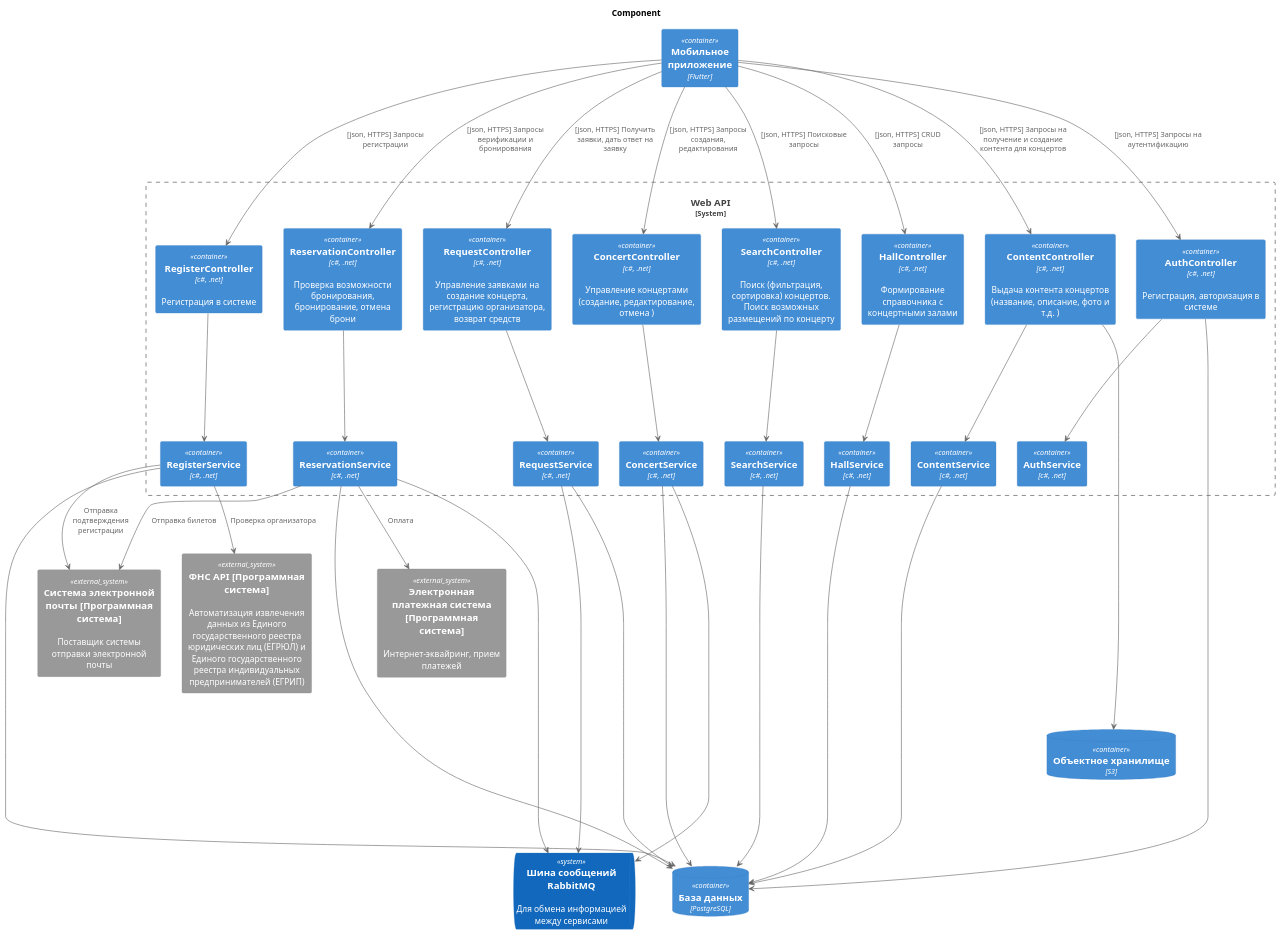
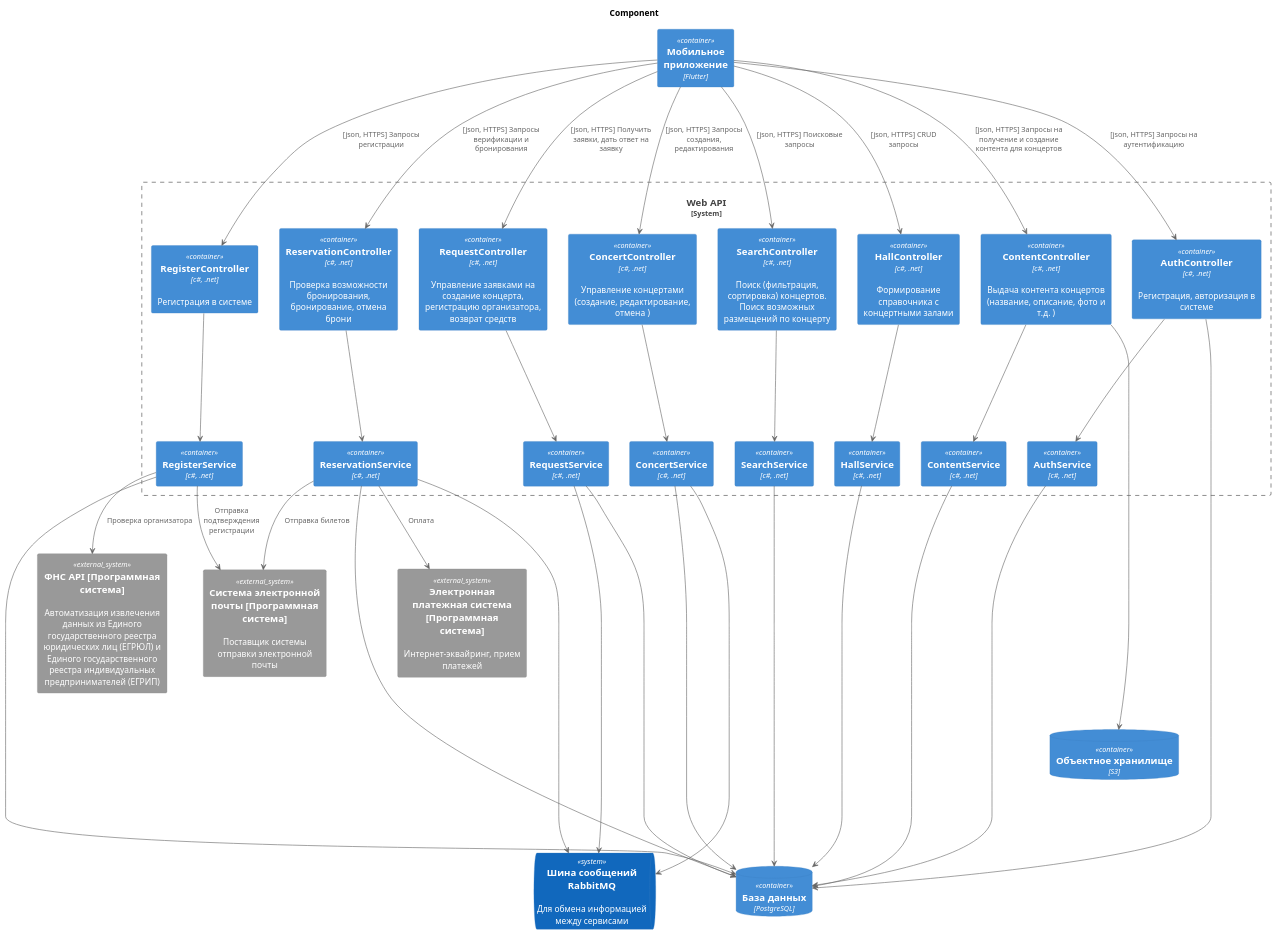
One commit to Marillinnka/PPO changed the diagram in 2. Технический проект/C4 components diagram.puml. Above: the diagram before and after it, drawn with PlantUML. The commit also changed 3 other files, not shown here.

```diff
--- a/2. Технический проект/C4 components diagram.puml
+++ b/2. Технический проект/C4 components diagram.puml
@@ -1,101 +1,102 @@
 !include https://raw.githubusercontent.com/plantuml-stdlib/C4-PlantUML/master/C4_Container.puml
 
 title Component
 
 Container(mobile_app, "Мобильное приложение", "Flutter", "")
 
 System_Boundary(message_processing_system, "Web API"){
 
     Container(register_controller, "RegisterController", "c#, .net", "Регистрация в системе")
 
     Container(reservation_controller, "ReservationController", "c#, .net", "Проверка возможности бронирования, бронирование, отмена брони")
 
     Container(request_controller, "RequestController", "c#, .net", "Управление заявками на создание концерта, регистрацию организатора, возврат средств")
 
     Container(concert_controller, "ConcertController", "c#, .net", "Управление концертами (создание, редактирование, отмена )")
 
     Container(search_controller, "SearchController", "c#, .net", "Поиск (фильтрация, сортировка) концертов. Поиск возможных размещений по концерту")
 
     Container(content_controller, "ContentController", "c#, .net", "Выдача контента концертов (название, описание, фото и т.д. )")
 
     Container(hall_controller, "HallController", "c#, .net", "Формирование справочника с концертными залами")
 
     Container(auth_controller, "AuthController", "c#, .net", "Регистрация, авторизация в системе")
 
 
 
 
     Container(register_service, "RegisterService", "c#, .net", "")
 
     Container(reservation_service, "ReservationService", "c#, .net", "")
 
     Container(request_service, "RequestService", "c#, .net", "")
 
     Container(concert_service, "ConcertService", "c#, .net", "")
 
     Container(search_service, "SearchService", "c#, .net", "")
 
     Container(content_service, "ContentService", "c#, .net", "")
 
     Container(hall_service, "HallService", "c#, .net", "")
     
     Container(auth_service, "AuthService", "c#, .net", "")
 }
 
 ContainerDb(ReadDataBase, "База данных", "PostgreSQL", "")
 
 ContainerDb(SaveDataBase, "Объектное хранилище", "S3", "")
 
 SystemQueue(MessageBus, "Шина сообщений RabbitMQ", "Для обмена информацией между сервисами")
 
 System_Ext(FNS, "ФНС API [Программная система]", "Автоматизация извлечения данных из Единого государственного реестра юридических лиц (ЕГРЮЛ) и Единого государственного реестра индивидуальных предпринимателей (ЕГРИП)")
 
 System_Ext(Email, "Cистема электронной почты [Программная система]", "Поставщик системы отправки электронной почты")
 
 System_Ext(PaymentSystem, "Электронная платежная система [Программная система]", "Интернет-эквайринг, прием платежей")
 
 mobile_app ---> register_controller : "[json, HTTPS] Запросы регистрации"
 
 mobile_app ---> reservation_controller : "[json, HTTPS] Запросы верификации и бронирования"
 
 mobile_app ---> request_controller : "[json, HTTPS] Получить заявки, дать ответ на заявку"
 
 mobile_app ---> concert_controller : "[json, HTTPS] Запросы создания, редактирования"
 
 mobile_app ---> search_controller :"[json, HTTPS] Поисковые запросы"
 
 mobile_app ---> content_controller : "[json, HTTPS] Запросы на получение и создание контента для концертов"
 
 mobile_app ---> hall_controller : "[json, HTTPS] CRUD запросы"
 
 mobile_app ---> auth_controller : "[json, HTTPS] Запросы на аутентификацию"
 
 register_controller ----> register_service
 reservation_controller ----> reservation_service
 request_controller ----> request_service
 concert_controller ----> concert_service
 search_controller ----> search_service
 content_controller ----> content_service
 hall_controller ----> hall_service
 auth_controller ----> auth_service
 
 register_service -----> ReadDataBase
 reservation_service -----> ReadDataBase
 request_service -----> ReadDataBase
 concert_service -----> ReadDataBase
 search_service -----> ReadDataBase
 content_service -----> ReadDataBase
 hall_service -----> ReadDataBase
 auth_controller ----> ReadDataBase
+auth_service ----> ReadDataBase
 
 reservation_service -----> MessageBus
 request_service -----> MessageBus
 concert_service -----> MessageBus
 
 content_controller ------> SaveDataBase
 
 
 register_service --> FNS : "Проверка организатора"
 register_service --> Email : "Отправка подтверждения регистрации"
 reservation_service --> Email : "Отправка билетов"
 reservation_service --> PaymentSystem : "Оплата"
```
